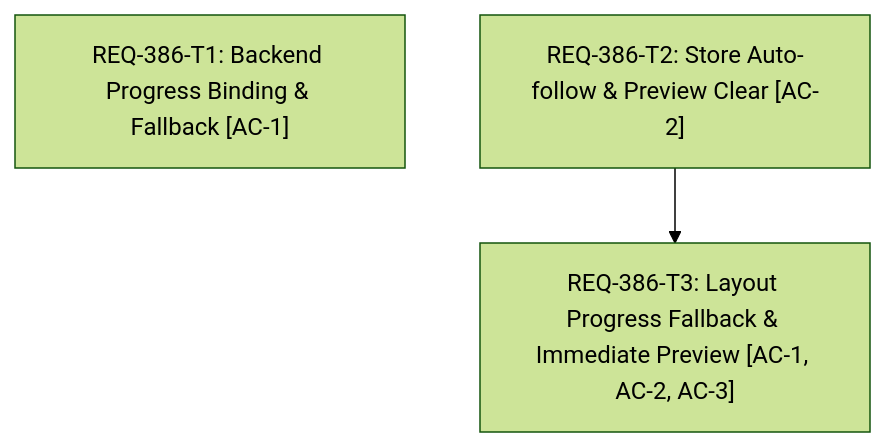
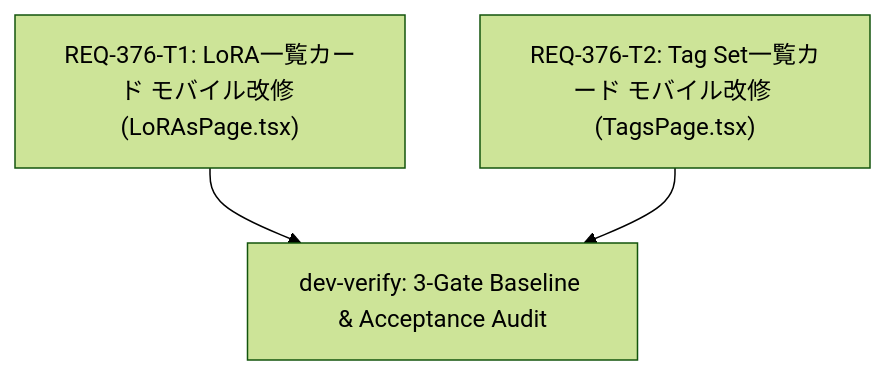
One commit to TAKE4548/comfy-create-helper2 changed the diagram in implementation_plan.md. Above: the diagram before and after it, drawn with Mermaid (forest theme). The commit also changed other lines of this file and 11 other files, not shown here.

````diff
--- a/implementation_plan.md
+++ b/implementation_plan.md
@@ -34,8 +88,8 @@
 ```mermaid
 graph TD
-  REQ-386-T1["REQ-386-T1: Backend Progress Binding & Fallback [AC-1]"]
-  REQ-386-T2["REQ-386-T2: Store Auto-follow & Preview Clear [AC-2]"]
-  REQ-386-T3["REQ-386-T3: Layout Progress Fallback & Immediate Preview [AC-1, AC-2, AC-3]"]
-
-  REQ-386-T2 --> REQ-386-T3
+  REQ-376-T1["REQ-376-T1: LoRA一覧カード モバイル改修 (LoRAsPage.tsx)"]
+  REQ-376-T2["REQ-376-T2: Tag Set一覧カード モバイル改修 (TagsPage.tsx)"]
+  REQ-376-VERIFY["dev-verify: 3-Gate Baseline & Acceptance Audit"]
+  REQ-376-T1 --> REQ-376-VERIFY
+  REQ-376-T2 --> REQ-376-VERIFY
 ```
````
